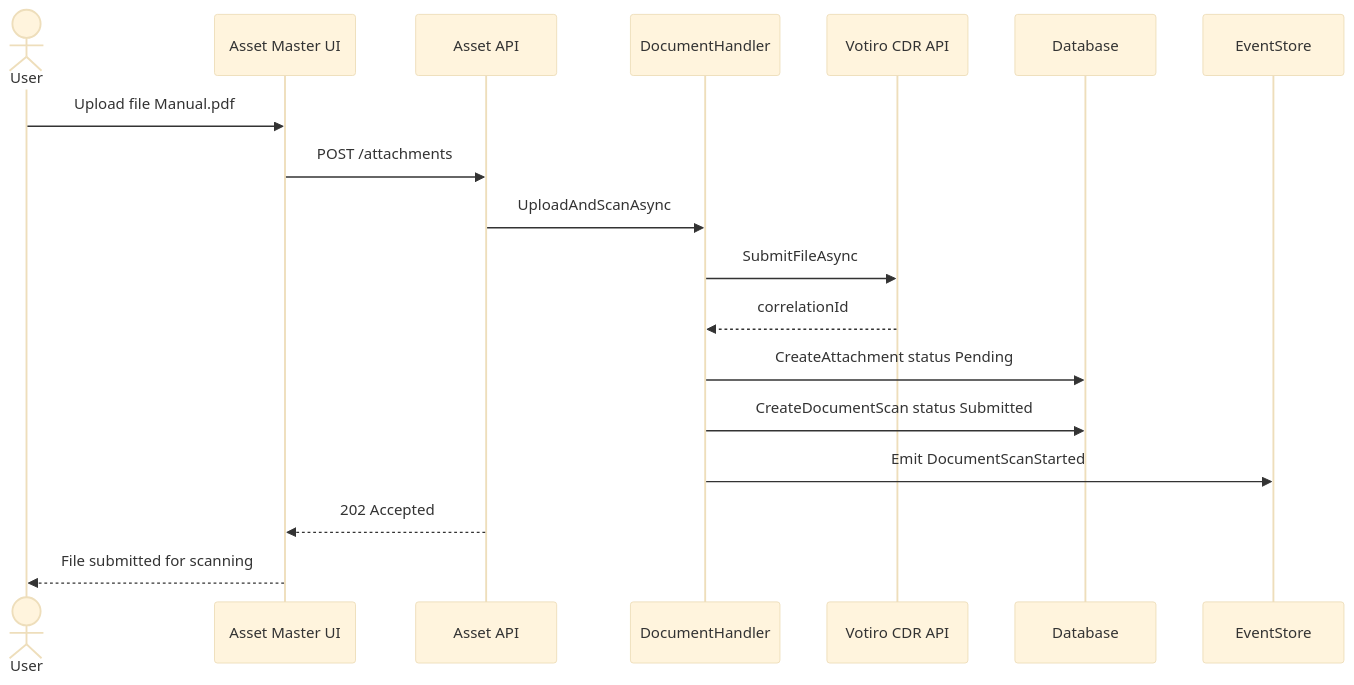
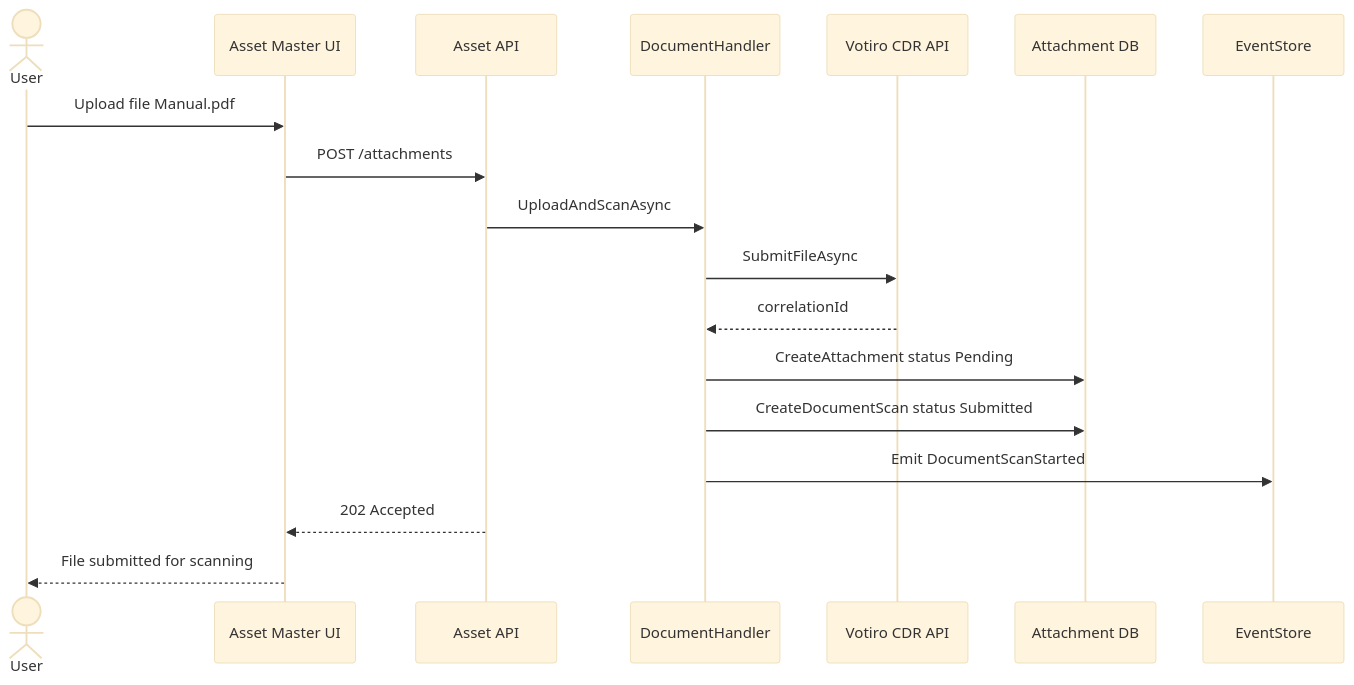
Before and after one commit to arup-ghosh-maersk/cia-lld: the fifth of 7 diagrams in asset-management/diagrams/02_Sequence_Diagrams.md, drawn with Mermaid (base theme). The commit also changed other lines of this file, not shown here.

````diff
--- a/asset-management/diagrams/02_Sequence_Diagrams.md
+++ b/asset-management/diagrams/02_Sequence_Diagrams.md
@@ -175,24 +175,24 @@
 ```mermaid
 sequenceDiagram
     actor User
     participant UI as Asset Master UI
     participant API as Asset API
     participant DH as DocumentHandler
     participant VOTIRO as Votiro CDR API
-    participant DB as Database
+    participant DB as Attachment DB
     participant ES as EventStore
 
     User->>UI: Upload file Manual.pdf
     UI->>API: POST /attachments
     API->>DH: UploadAndScanAsync
 
     DH->>VOTIRO: SubmitFileAsync
     VOTIRO-->>DH: correlationId
 
     DH->>DB: CreateAttachment status Pending
     DH->>DB: CreateDocumentScan status Submitted
 
     DH->>ES: Emit DocumentScanStarted
     API-->>UI: 202 Accepted
     UI-->>User: File submitted for scanning
 ```
````
